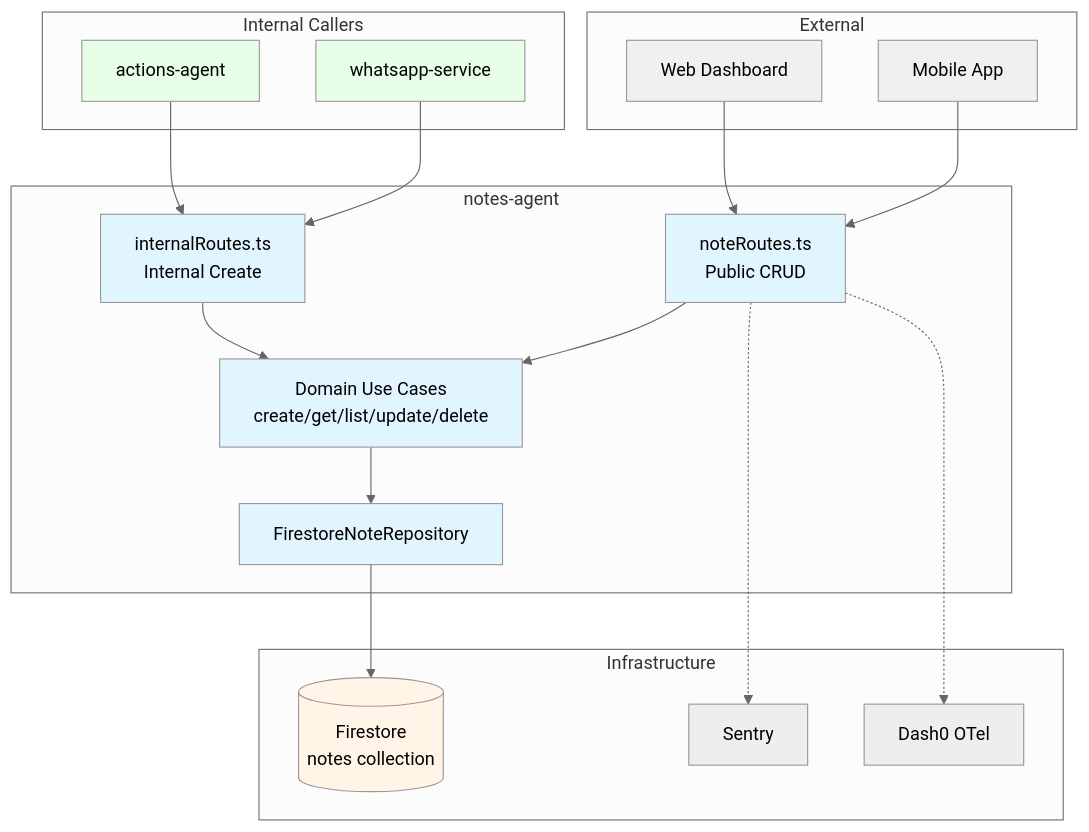
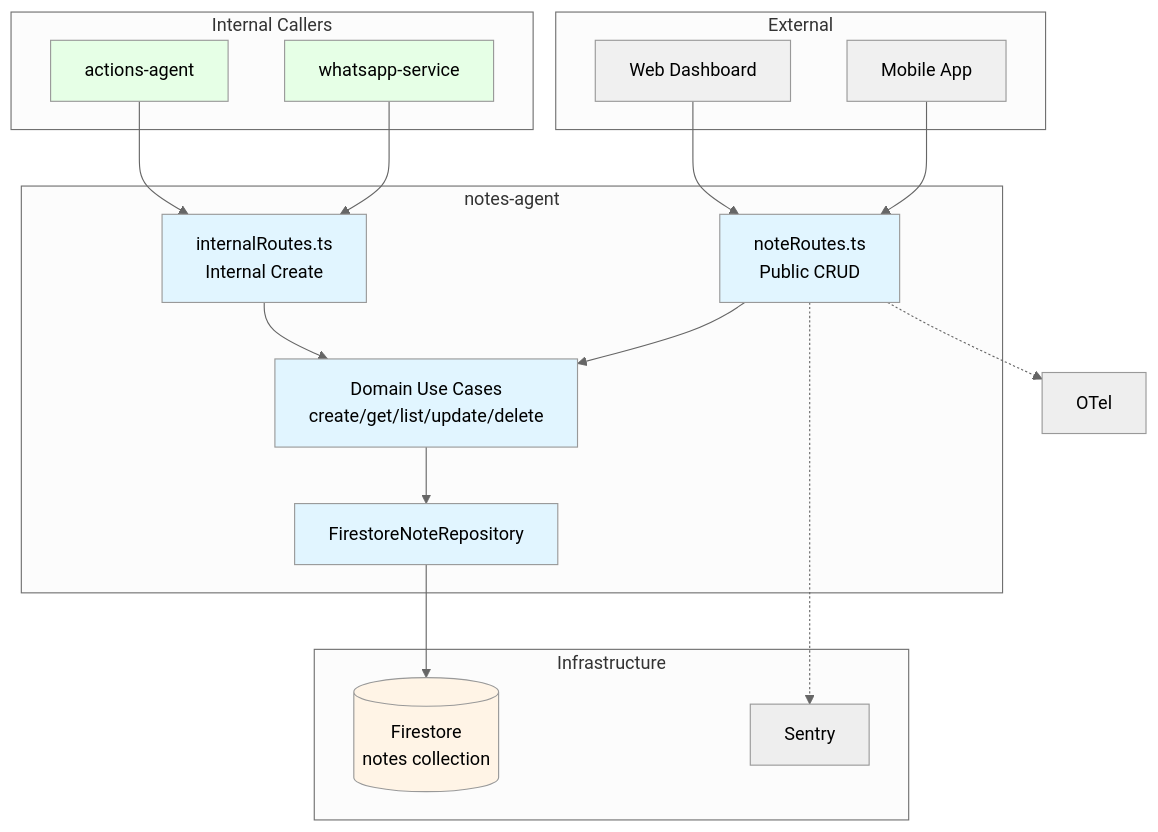
The first of 2 diagrams in docs/services/notes-agent/technical.md (pbuchman/intexuraos), drawn with Mermaid (neutral theme) before and after one commit. The commit also changed other lines of this file and 179 other files, not shown here.

````diff
--- a/docs/services/notes-agent/technical.md
+++ b/docs/services/notes-agent/technical.md
@@ -9,47 +9,46 @@
 ```mermaid
 graph TB
     subgraph "External"
         Web[Web Dashboard]
         Mobile[Mobile App]
     end
 
     subgraph "Internal Callers"
         Actions[actions-agent]
         WA[whatsapp-service]
     end
 
     subgraph "notes-agent"
         NoteRoutes[noteRoutes.ts<br>Public CRUD]
         InternalRoutes[internalRoutes.ts<br>Internal Create]
         UseCases[Domain Use Cases<br>create/get/list/update/delete]
         Repo[FirestoreNoteRepository]
     end
 
     subgraph "Infrastructure"
         Firestore[(Firestore<br>notes collection)]
         Sentry[Sentry]
-        OTel[Dash0 OTel]
     end
 
     Web --> NoteRoutes
     Mobile --> NoteRoutes
     Actions --> InternalRoutes
     WA --> InternalRoutes
     NoteRoutes --> UseCases
     InternalRoutes --> UseCases
     UseCases --> Repo
     Repo --> Firestore
 
     NoteRoutes -.-> Sentry
     NoteRoutes -.-> OTel
 
     classDef service fill:#e1f5ff
     classDef storage fill:#fff4e6
     classDef external fill:#f0f0f0
     classDef internal fill:#e6ffe6
 
     class NoteRoutes,InternalRoutes,UseCases,Repo service
     class Firestore storage
     class Web,Mobile external
     class Actions,WA internal
 ```
````
